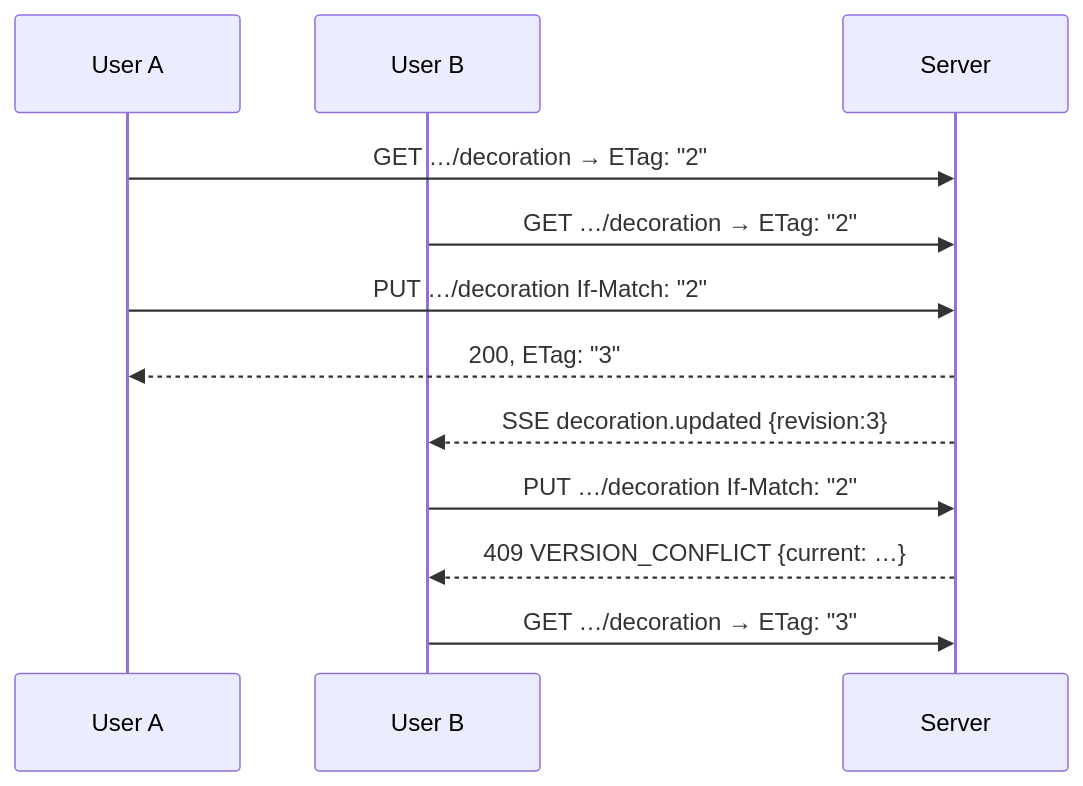
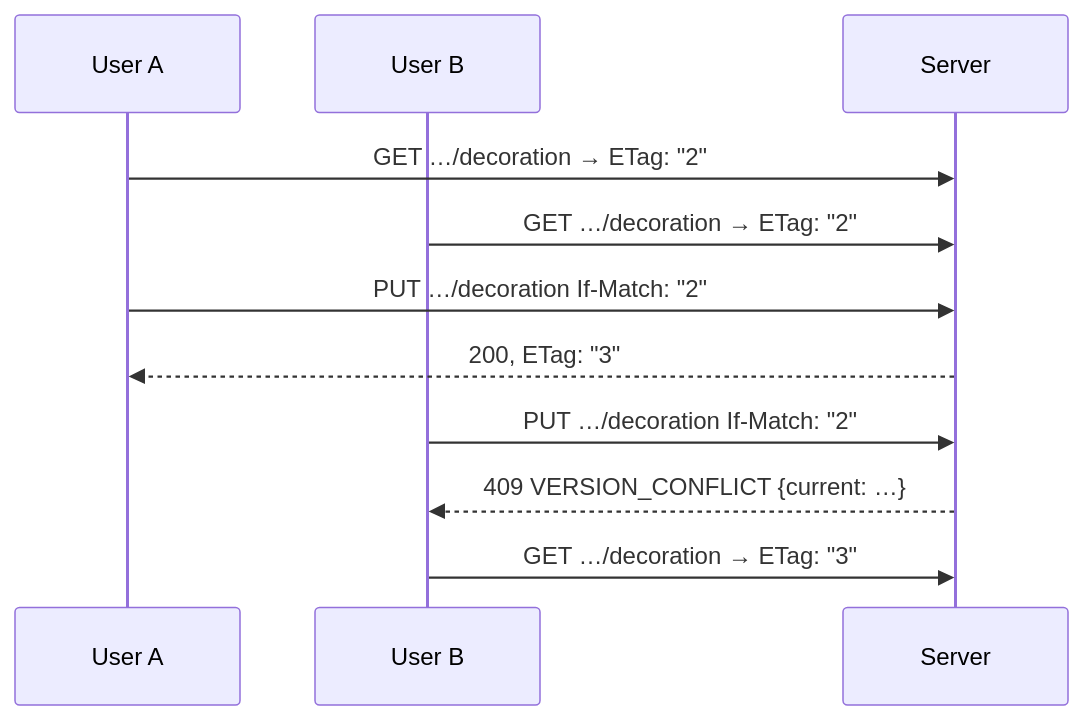
Before and after one commit to higgs1729/hariHackason-ai: the fourth of 4 diagrams in docs/design/02-basic-design.md, drawn with Mermaid. The commit also changed other lines of this file and 4 other files, not shown here.

First line of the commit message:
Redesign schema and docs around MySQL with denormalised read paths

````diff
--- a/docs/design/02-basic-design.md
+++ b/docs/design/02-basic-design.md
@@ -267,15 +344,14 @@
 ```mermaid
 sequenceDiagram
     participant A as User A
     participant B as User B
     participant S as Server
 
     A->>S: GET …/decoration          → ETag: "2"
     B->>S: GET …/decoration          → ETag: "2"
     A->>S: PUT …/decoration  If-Match: "2"
     S-->>A: 200, ETag: "3"
-    S-->>B: SSE decoration.updated {revision:3}
     B->>S: PUT …/decoration  If-Match: "2"
     S-->>B: 409 VERSION_CONFLICT {current: …}
     B->>S: GET …/decoration          → ETag: "3"
 ```
````
